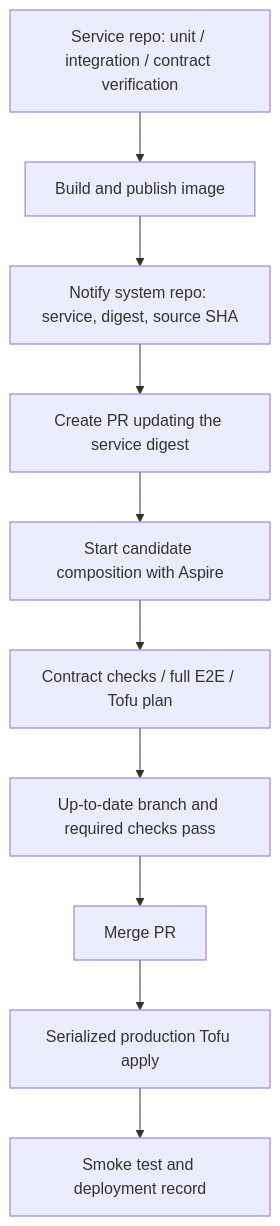
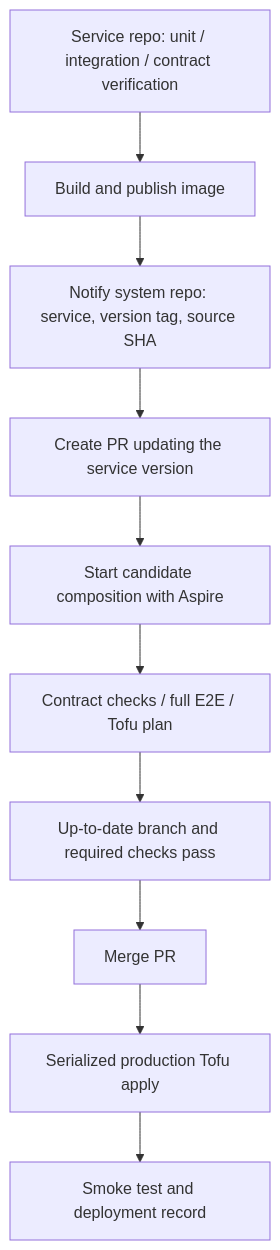
Before and after one commit to air-hand-org/jobdeck: the diagram in docs/cloud-architecture.md, drawn with Mermaid. The commit also changed other lines of this file and 9 other files, not shown here.

````diff
--- a/docs/cloud-architecture.md
+++ b/docs/cloud-architecture.md
@@ -218,12 +232,12 @@
 ```mermaid
 flowchart TD
     A[Service repo: unit / integration / contract verification] --> B[Build and publish image]
-    B --> C[Notify system repo: service, digest, source SHA]
-    C --> D[Create PR updating the service digest]
+    B --> C[Notify system repo: service, version tag, source SHA]
+    C --> D[Create PR updating the service version]
     D --> E[Start candidate composition with Aspire]
     E --> F[Contract checks / full E2E / Tofu plan]
     F --> G[Up-to-date branch and required checks pass]
     G --> H[Merge PR]
     H --> I[Serialized production Tofu apply]
     I --> J[Smoke test and deployment record]
 ```
````
